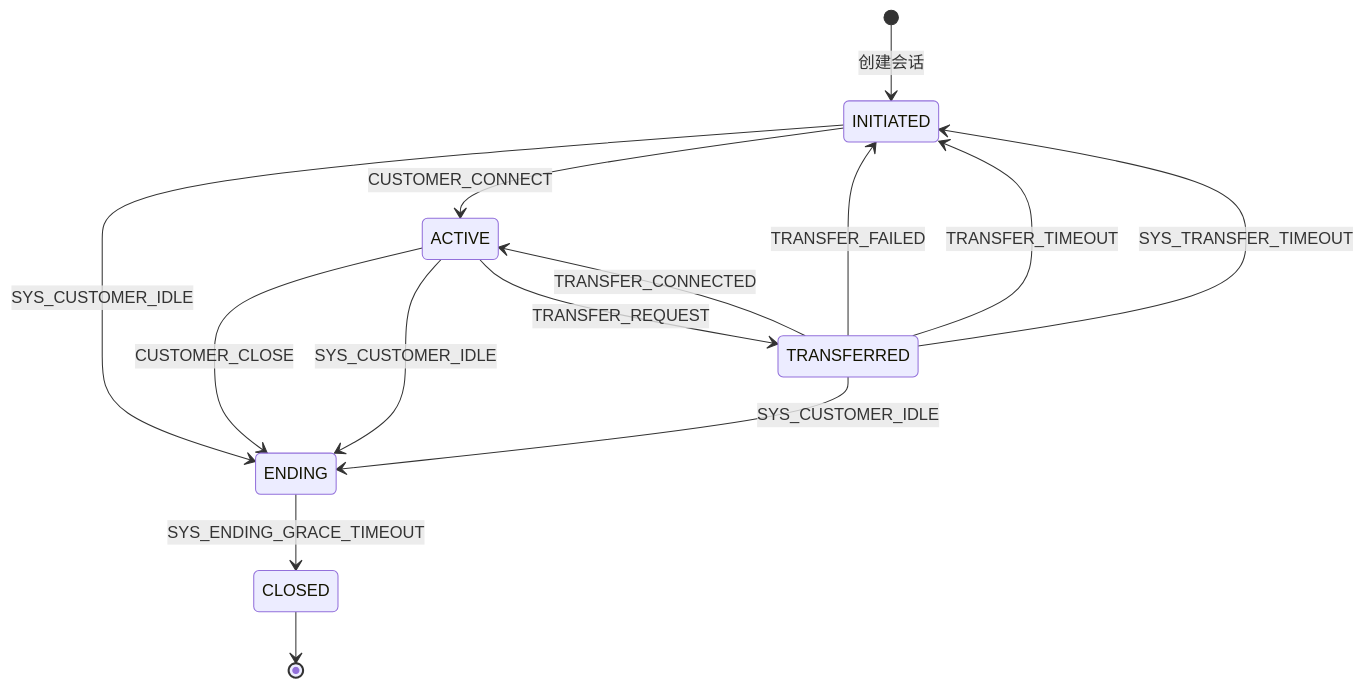
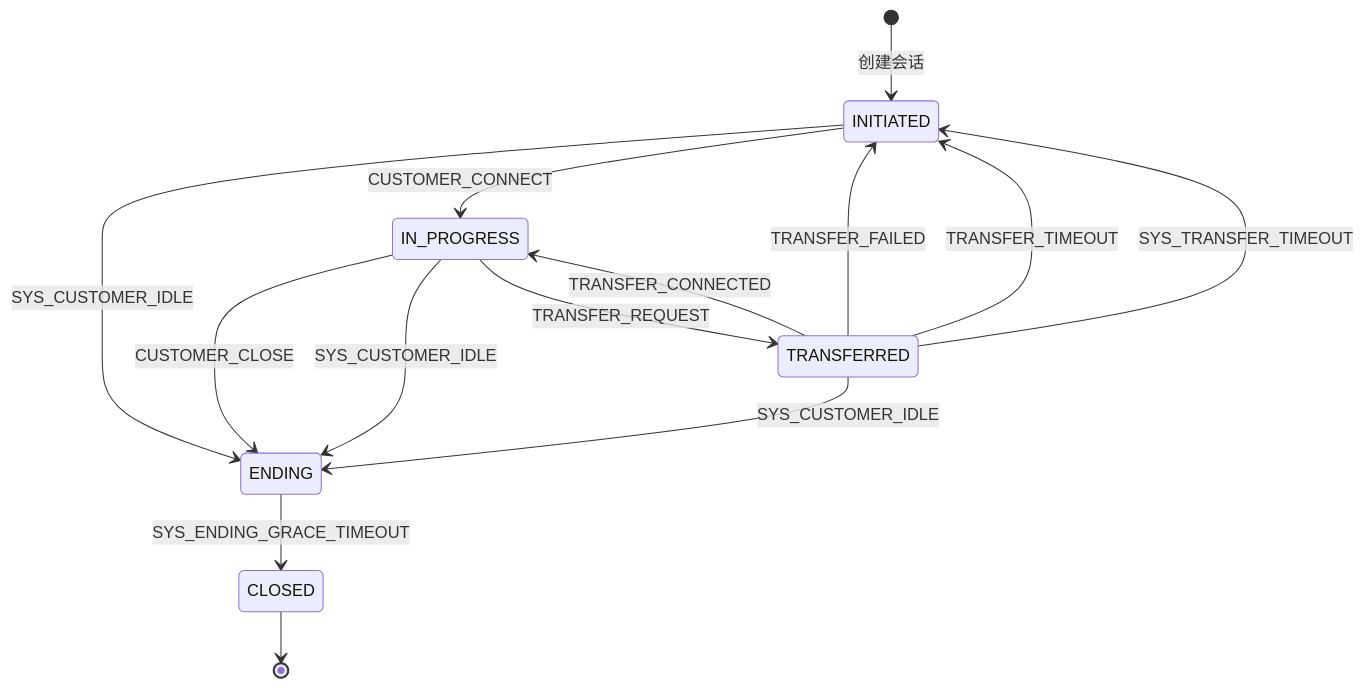
One commit to huangzhiqiu/ai-knowledge-design changed the first of 5 diagrams in 08-Code/state-machine/docs/zh/02-CBOL-Business-Layer-Design.md. Above: the diagram before and after it, drawn with Mermaid. The commit also changed other lines of this file and 23 other files, not shown here.

````diff
--- a/08-Code/state-machine/docs/zh/02-CBOL-Business-Layer-Design.md
+++ b/08-Code/state-machine/docs/zh/02-CBOL-Business-Layer-Design.md
@@ -88,21 +88,21 @@
 ```mermaid
 stateDiagram-v2
     [*] --> INITIATED : 创建会话
 
-    INITIATED --> ACTIVE : CUSTOMER_CONNECT
+    INITIATED --> IN_PROGRESS : CUSTOMER_CONNECT
     INITIATED --> ENDING : SYS_CUSTOMER_IDLE
 
-    ACTIVE --> TRANSFERRED : TRANSFER_REQUEST
-    ACTIVE --> ENDING : CUSTOMER_CLOSE
-    ACTIVE --> ENDING : SYS_CUSTOMER_IDLE
+    IN_PROGRESS --> TRANSFERRED : TRANSFER_REQUEST
+    IN_PROGRESS --> ENDING : CUSTOMER_CLOSE
+    IN_PROGRESS --> ENDING : SYS_CUSTOMER_IDLE
 
-    TRANSFERRED --> ACTIVE : TRANSFER_CONNECTED
+    TRANSFERRED --> IN_PROGRESS : TRANSFER_CONNECTED
     TRANSFERRED --> INITIATED : TRANSFER_FAILED
     TRANSFERRED --> INITIATED : TRANSFER_TIMEOUT
     TRANSFERRED --> INITIATED : SYS_TRANSFER_TIMEOUT
     TRANSFERRED --> ENDING : SYS_CUSTOMER_IDLE
 
     ENDING --> CLOSED : SYS_ENDING_GRACE_TIMEOUT
 
     CLOSED --> [*]
 ```
````
